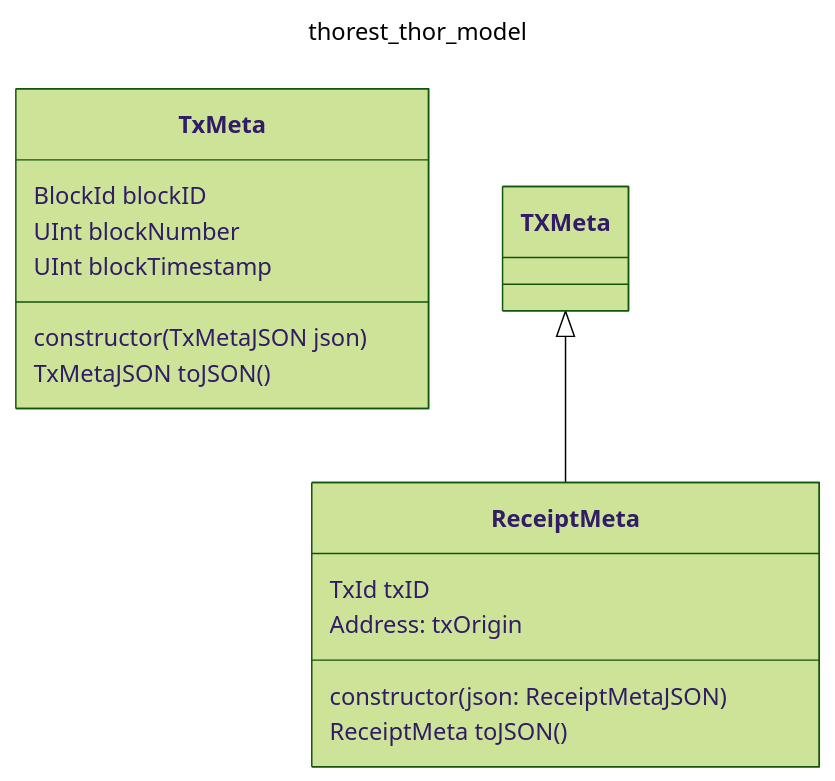
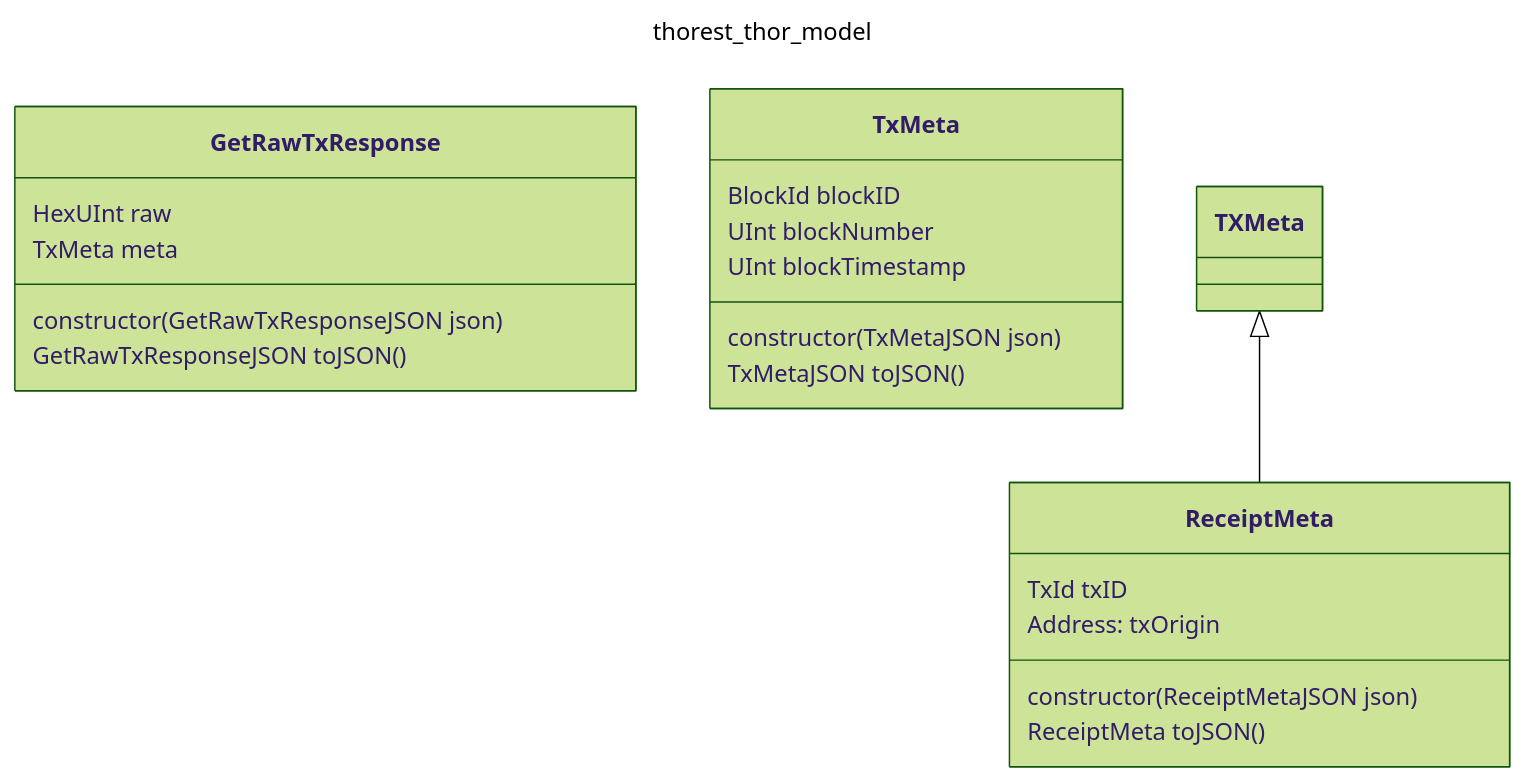
The diagram in docs/thorest/thor/transactions/transactions.mmd (vechain/vechain-sdk-js), drawn with Mermaid (forest theme) before and after one commit. The commit also changed 3 other files, not shown here.

```diff
--- a/docs/thorest/thor/transactions/transactions.mmd
+++ b/docs/thorest/thor/transactions/transactions.mmd
@@ -1,18 +1,24 @@
 ---
 title: thorest_thor_model
 ---
 classDiagram
+    class GetRawTxResponse {
+        HexUInt raw
+        TxMeta meta
+        constructor(GetRawTxResponseJSON json)
+        GetRawTxResponseJSON toJSON()
+    }
+    class ReceiptMeta {
+        TxId txID
+        Address: txOrigin
+        constructor(ReceiptMetaJSON json)
+        ReceiptMeta toJSON()
+    }
     class TxMeta {
         BlockId blockID
         UInt blockNumber
         UInt blockTimestamp
         constructor(TxMetaJSON json)
         TxMetaJSON toJSON()
     }
-    class ReceiptMeta {
-        TxId txID
-        Address: txOrigin
-        constructor(json: ReceiptMetaJSON)
-        ReceiptMeta toJSON()
-    }
     TXMeta <|-- ReceiptMeta
```
